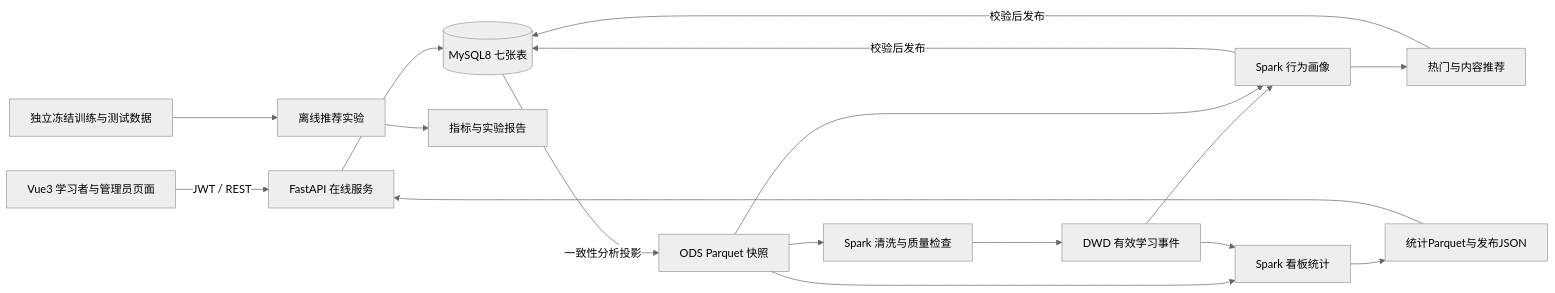
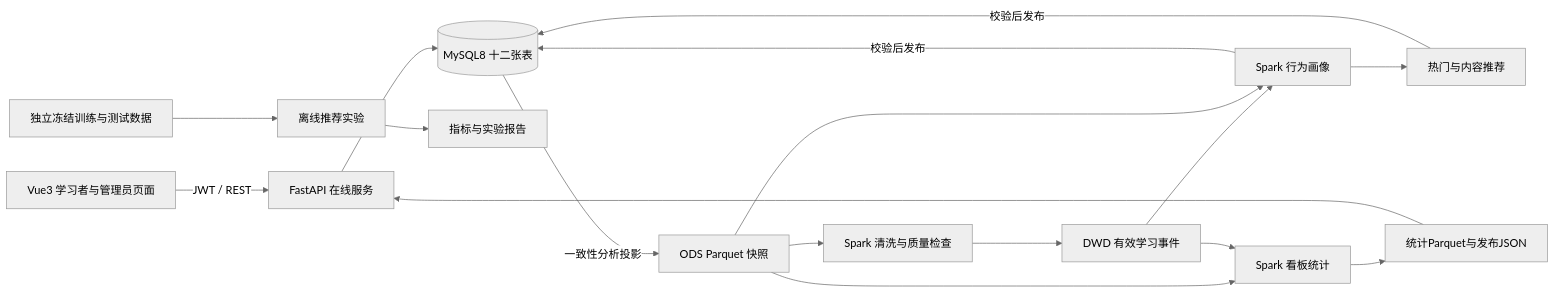
One commit to nuyoahyanxi-design/BigDataGraduationProject changed the diagram in docs/system-final-architecture.md. Above: the diagram before and after it, drawn with Mermaid (neutral theme). The commit also changed other lines of this file and 55 other files, not shown here.

````diff
--- a/docs/system-final-architecture.md
+++ b/docs/system-final-architecture.md
@@ -11,19 +9,19 @@
 ```mermaid
 flowchart LR
   V[Vue3 学习者与管理员页面] -->|JWT / REST| A[FastAPI 在线服务]
-  A --> M[(MySQL8 七张表)]
+  A --> M[(MySQL8 十二张表)]
   M -->|一致性分析投影| O[ODS Parquet 快照]
   O --> C[Spark 清洗与质量检查]
   C --> D[DWD 有效学习事件]
   D --> P[Spark 行为画像]
   O --> P
   P --> R[热门与内容推荐]
   R -->|校验后发布| M
   P -->|校验后发布| M
   O --> T[Spark 看板统计]
   D --> T
   T --> J[统计Parquet与发布JSON]
   J --> A
   X[独立冻结训练与测试数据] --> E[离线推荐实验]
   E --> F[指标与实验报告]
 ```
````
